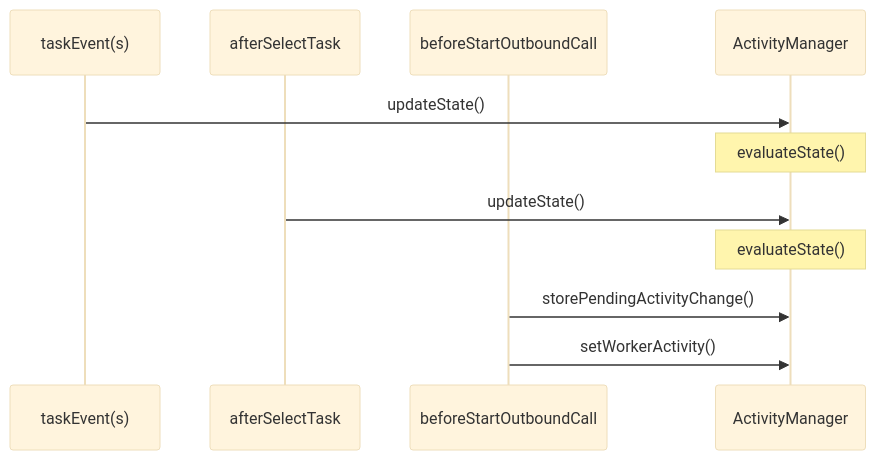
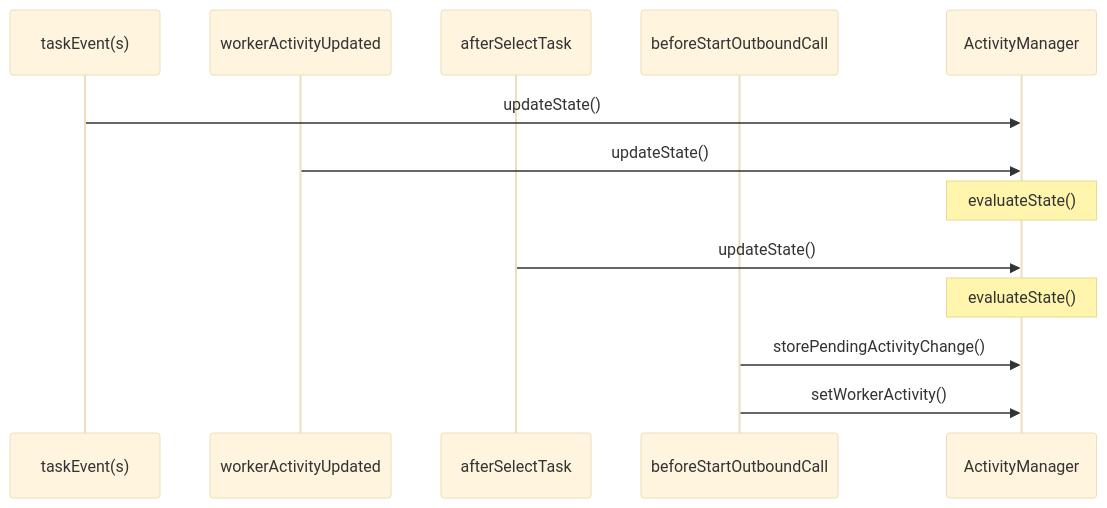
One commit to twilio-professional-services/flex-project-template changed the diagram in docs/docs/feature-library/activity-reservation-handler.md. Above: the diagram before and after it, drawn with Mermaid (base theme). The commit also changed other lines of this file, not shown here.

````diff
--- a/docs/docs/feature-library/activity-reservation-handler.md
+++ b/docs/docs/feature-library/activity-reservation-handler.md
@@ -48,12 +54,14 @@
 ```mermaid
 sequenceDiagram
     participant taskEvent(s)
+    participant workerActivityUpdated
     participant afterSelectTask
     participant beforeStartOutboundCall
     taskEvent(s)->>ActivityManager: updateState()
+    workerActivityUpdated->>ActivityManager: updateState()
     Note over ActivityManager: evaluateState()
     afterSelectTask->>ActivityManager: updateState()
     Note over ActivityManager: evaluateState()
     beforeStartOutboundCall->>ActivityManager: storePendingActivityChange()
     beforeStartOutboundCall->>ActivityManager: setWorkerActivity()
 ```
````
